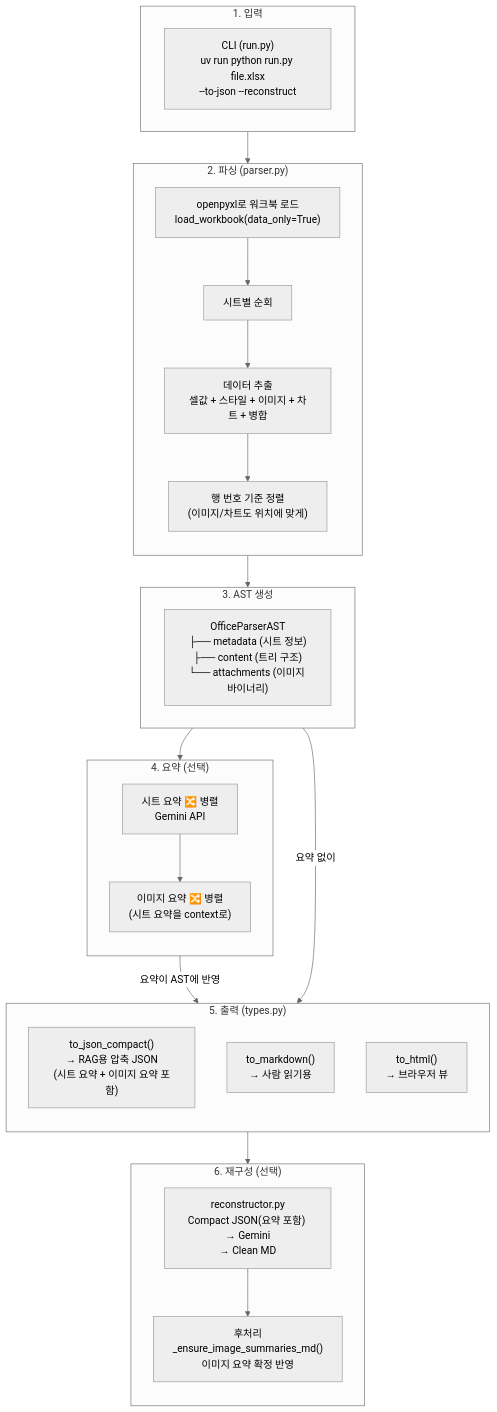
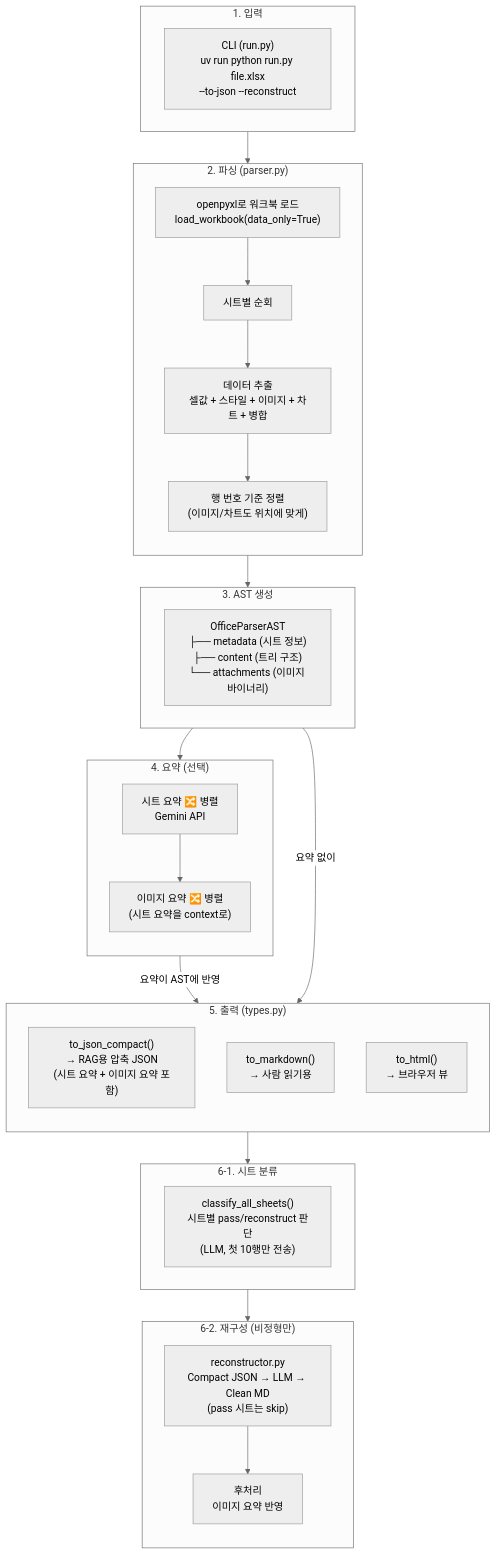
The diagram in README.md (jinhyeok1101/doc-parser), drawn with Mermaid (neutral theme) before and after one commit. The commit also changed other lines of this file and 17 other files, not shown here.

First line of the commit message:
docs: update README — Central LLM, sheet classification, output naming

````diff
--- a/README.md
+++ b/README.md
@@ -110,46 +118,50 @@
 ```mermaid
 flowchart TB
     subgraph INPUT["1. 입력"]
         CLI["CLI (run.py)<br/>uv run python run.py file.xlsx<br/>--to-json --reconstruct"]
     end
 
     subgraph PARSE["2. 파싱 (parser.py)"]
         direction TB
         LOAD["openpyxl로 워크북 로드<br/>load_workbook(data_only=True)"]
         SHEET["시트별 순회"]
         EXTRACT["데이터 추출<br/>셀값 + 스타일 + 이미지 + 차트 + 병합"]
         SORT["행 번호 기준 정렬<br/>(이미지/차트도 위치에 맞게)"]
         LOAD --> SHEET --> EXTRACT --> SORT
     end
 
     subgraph AST_LAYER["3. AST 생성"]
         AST["OfficeParserAST<br/>├── metadata (시트 정보)<br/>├── content (트리 구조)<br/>└── attachments (이미지 바이너리)"]
     end
 
     subgraph SUMMARY["4. 요약 (선택)"]
         direction TB
         SHEET_SUM["시트 요약 🔀 병렬<br/>Gemini API"]
         IMG_SUM["이미지 요약 🔀 병렬<br/>(시트 요약을 context로)"]
         SHEET_SUM --> IMG_SUM
     end
 
     subgraph OUTPUT["5. 출력 (types.py)"]
         direction TB
         JSON_OUT["to_json_compact()<br/>→ RAG용 압축 JSON<br/>(시트 요약 + 이미지 요약 포함)"]
         MD_OUT["to_markdown()<br/>→ 사람 읽기용"]
         HTML_OUT["to_html()<br/>→ 브라우저 뷰"]
     end
 
-    subgraph RECONSTRUCT["6. 재구성 (선택)"]
+    subgraph CLASSIFY["6-1. 시트 분류"]
+        CL["classify_all_sheets()<br/>시트별 pass/reconstruct 판단<br/>(LLM, 첫 10행만 전송)"]
+    end
+
+    subgraph RECONSTRUCT["6-2. 재구성 (비정형만)"]
         direction TB
-        RC["reconstructor.py<br/>Compact JSON(요약 포함) → Gemini<br/>→ Clean MD"]
-        POST["후처리<br/>_ensure_image_summaries_md()<br/>이미지 요약 확정 반영"]
+        RC["reconstructor.py<br/>Compact JSON → LLM → Clean MD<br/>(pass 시트는 skip)"]
+        POST["후처리<br/>이미지 요약 반영"]
         RC --> POST
     end
 
     INPUT --> PARSE --> AST_LAYER
     AST_LAYER --> SUMMARY
     SUMMARY -->|"요약이 AST에 반영"| OUTPUT
     AST_LAYER -->|"요약 없이"| OUTPUT
-    OUTPUT --> RECONSTRUCT
+    OUTPUT --> CLASSIFY --> RECONSTRUCT
 ```
````
